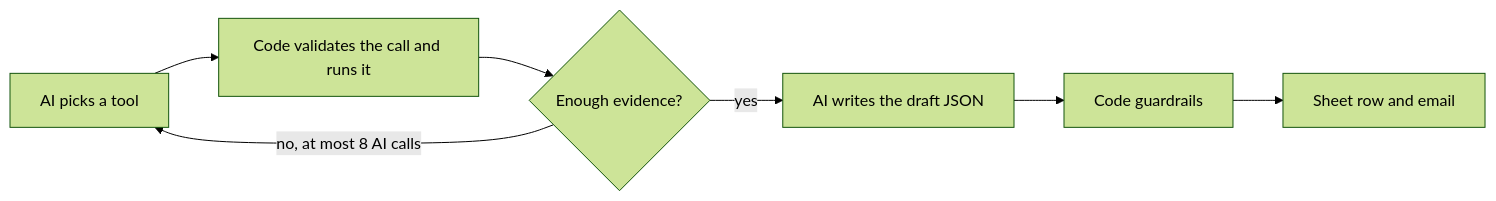
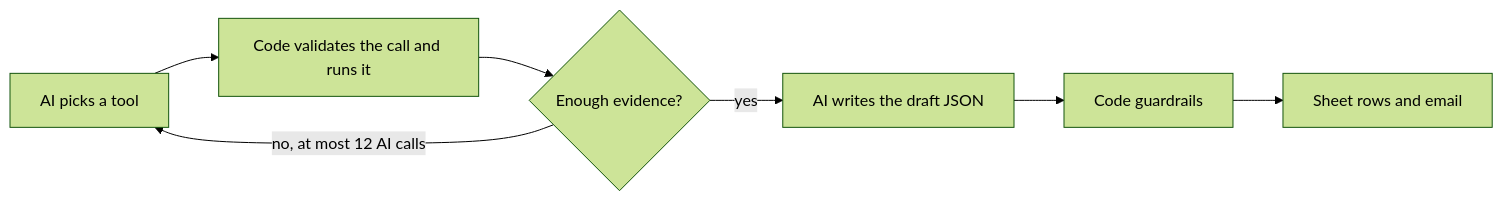
One commit to rizwana-qa/crypto-market-intelligence-agent changed the first of 3 diagrams in README.md. Above: the diagram before and after it, drawn with Mermaid (forest theme). The commit also changed other lines of this file and 10 other files, not shown here.

````diff
--- a/README.md
+++ b/README.md
@@ -158,9 +131,9 @@
 ```mermaid
 flowchart LR
     A[AI picks a tool] --> B[Code validates the call and runs it]
     B --> C{Enough evidence?}
-    C -- no, at most 8 AI calls --> A
+    C -- no, at most 12 AI calls --> A
     C -- yes --> D[AI writes the draft JSON]
     D --> G[Code guardrails]
-    G --> O[Sheet row and email]
+    G --> O[Sheet rows and email]
 ```
````
